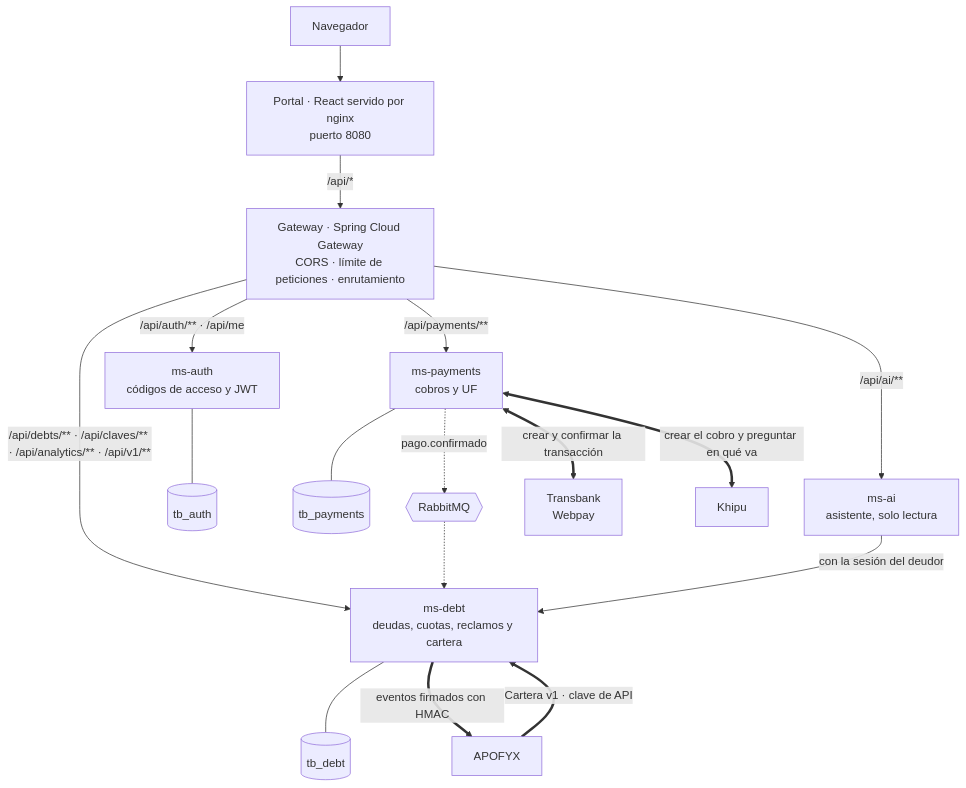
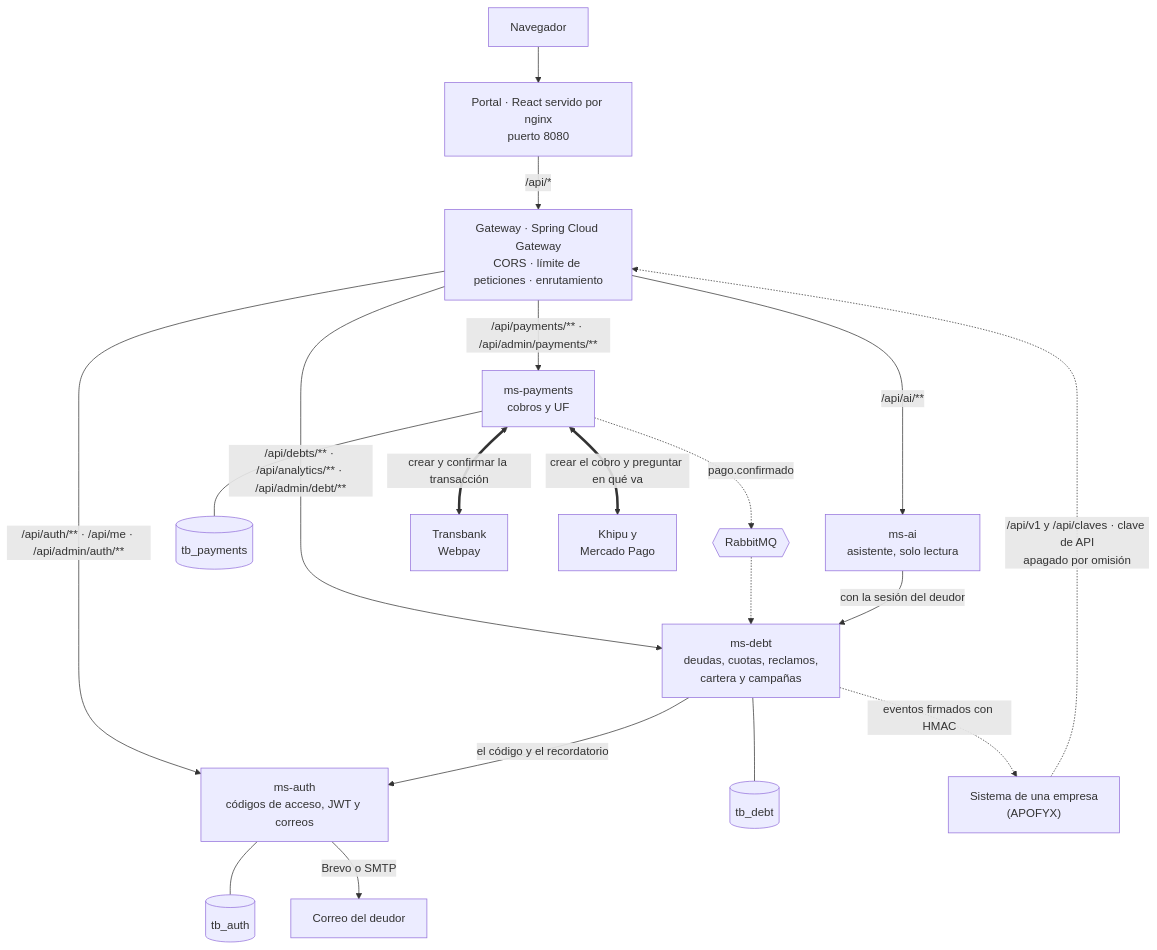
Before and after one commit to TechnicalBridge/DataBridge: the first of 17 diagrams in README.md, drawn with Mermaid. The commit also changed other lines of this file, not shown here.

First line of the commit message:
docs(readme): Poner el README al día con el código y la API apagada

````diff
--- a/README.md
+++ b/README.md
@@ -748,23 +761,25 @@
 ```mermaid
 flowchart TD
     N["Navegador"] --> P["Portal · React servido por nginx<br/>puerto 8080"]
     P -->|"/api/*"| G["Gateway · Spring Cloud Gateway<br/>CORS · límite de peticiones · enrutamiento"]
 
-    G -->|"/api/auth/** · /api/me"| A["ms-auth<br/>códigos de acceso y JWT"]
-    G -->|"/api/debts/** · /api/claves/** · /api/analytics/** · /api/v1/**"| D["ms-debt<br/>deudas, cuotas, reclamos y cartera"]
-    G -->|"/api/payments/**"| Y["ms-payments<br/>cobros y UF"]
+    G -->|"/api/auth/** · /api/me · /api/admin/auth/**"| A["ms-auth<br/>códigos de acceso, JWT y correos"]
+    G -->|"/api/debts/** · /api/analytics/** · /api/admin/debt/**"| D["ms-debt<br/>deudas, cuotas, reclamos,<br/>cartera y campañas"]
+    G -->|"/api/payments/** · /api/admin/payments/**"| Y["ms-payments<br/>cobros y UF"]
     G -->|"/api/ai/**"| I["ms-ai<br/>asistente, solo lectura"]
 
     A --- BA[("tb_auth")]
     D --- BD[("tb_debt")]
     Y --- BY[("tb_payments")]
 
     Y -.->|"pago.confirmado"| R{{"RabbitMQ"}}
     R -.-> D
+    D -->|"el código y el recordatorio"| A
+    A -->|"Brevo o SMTP"| C["Correo del deudor"]
     I -->|"con la sesión del deudor"| D
     Y <==>|"crear y confirmar la transacción"| W["Transbank<br/>Webpay"]
-    Y <==>|"crear el cobro y preguntar en qué va"| T["Khipu"]
+    Y <==>|"crear el cobro y preguntar en qué va"| T["Khipu y<br/>Mercado Pago"]
 
-    AP["APOFYX"] ==>|"Cartera v1 · clave de API"| D
-    D ==>|"eventos firmados con HMAC"| AP
+    AP["Sistema de una empresa<br/>(APOFYX)"] -.->|"/api/v1 y /api/claves · clave de API<br/>apagado por omisión"| G
+    D -.->|"eventos firmados con HMAC"| AP
 ```
````
